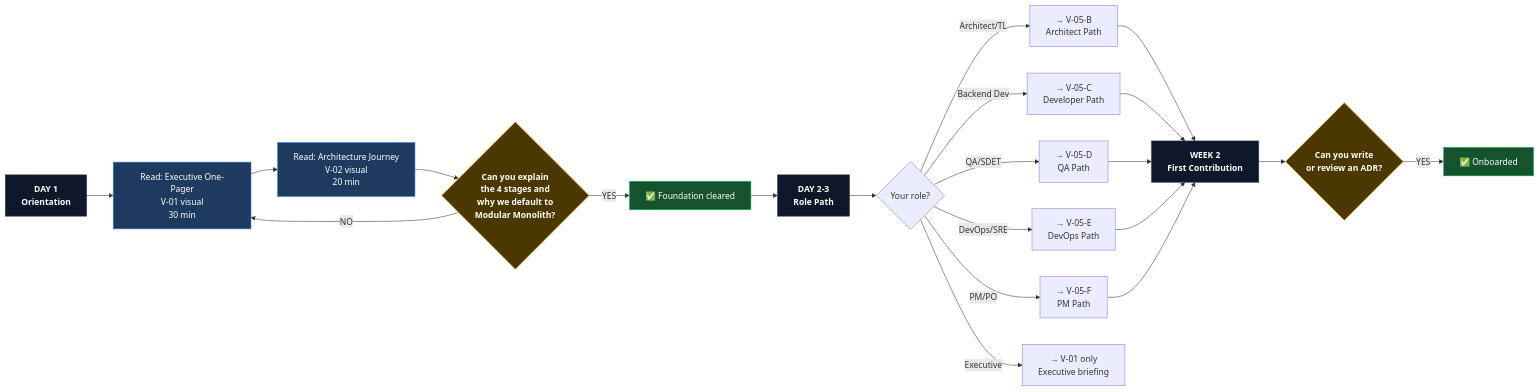
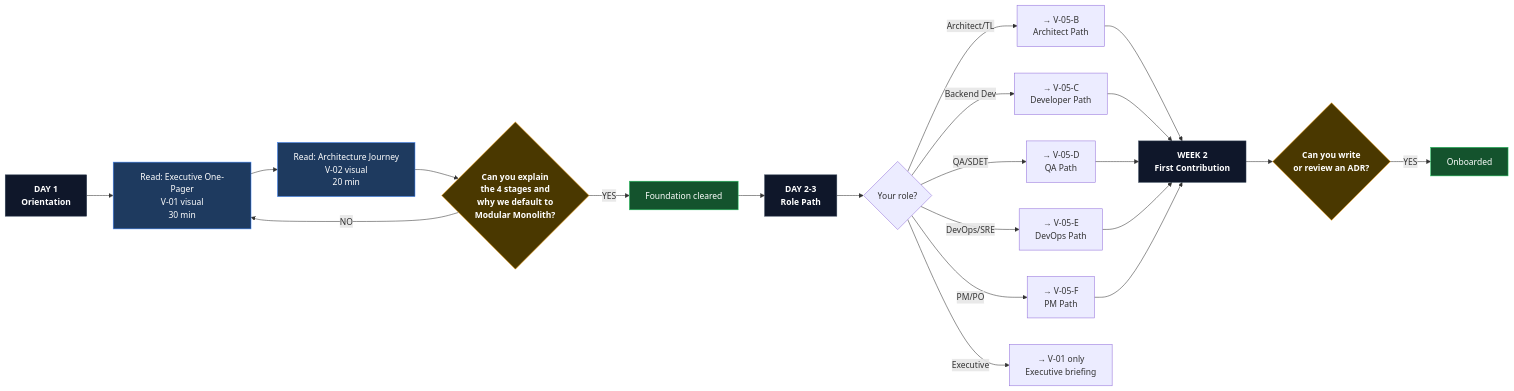
The first of 7 diagrams in reference/governance/standards/communication/visuals/v05-onboarding-journey-map.md (beyondnetcode/evolith_arch32), drawn with Mermaid before and after one commit. The commit also changed other lines of this file and 41 other files, not shown here.

````diff
--- a/reference/governance/standards/communication/visuals/v05-onboarding-journey-map.md
+++ b/reference/governance/standards/communication/visuals/v05-onboarding-journey-map.md
@@ -19,27 +19,27 @@
 ```mermaid
 flowchart LR
     classDef day fill:#0f172a,stroke:#334155,color:#fff,font-weight:bold
     classDef action fill:#1e3a5f,stroke:#3b82f6,color:#fff
     classDef outcome fill:#14532d,stroke:#22c55e,color:#fff
     classDef gate fill:#4a3800,stroke:#f59e0b,color:#fff,font-weight:bold
 
     D1["DAY 1\nOrientation"]:::day --> A1["Read: Executive One-Pager\nV-01 visual\n30 min"]:::action
     A1 --> A2["Read: Architecture Journey\nV-02 visual\n20 min"]:::action
     A2 --> G1{"Can you explain\nthe 4 stages and\nwhy we default to\nModular Monolith?"}:::gate
-    G1 -->|YES| O1["✅ Foundation cleared"]:::outcome
+    G1 -->|YES| O1[" Foundation cleared"]:::outcome
     G1 -->|NO| A1
 
     O1 --> D2["DAY 2-3\nRole Path"]:::day
     D2 --> FORK{"Your role?"}
 
     FORK -->|Architect/TL| PATH_ARCH["→ V-05-B\nArchitect Path"]
     FORK -->|Backend Dev| PATH_DEV["→ V-05-C\nDeveloper Path"]
     FORK -->|QA/SDET| PATH_QA["→ V-05-D\nQA Path"]
     FORK -->|DevOps/SRE| PATH_OPS["→ V-05-E\nDevOps Path"]
     FORK -->|PM/PO| PATH_PM["→ V-05-F\nPM Path"]
     FORK -->|Executive| PATH_EXEC["→ V-01 only\nExecutive briefing"]
 
     PATH_ARCH & PATH_DEV & PATH_QA & PATH_OPS & PATH_PM --> D3["WEEK 2\nFirst Contribution"]:::day
     D3 --> G2{"Can you write\nor review an ADR?"}:::gate
-    G2 -->|YES| DONE["✅ Onboarded"]:::outcome
+    G2 -->|YES| DONE[" Onboarded"]:::outcome
 ```
````
